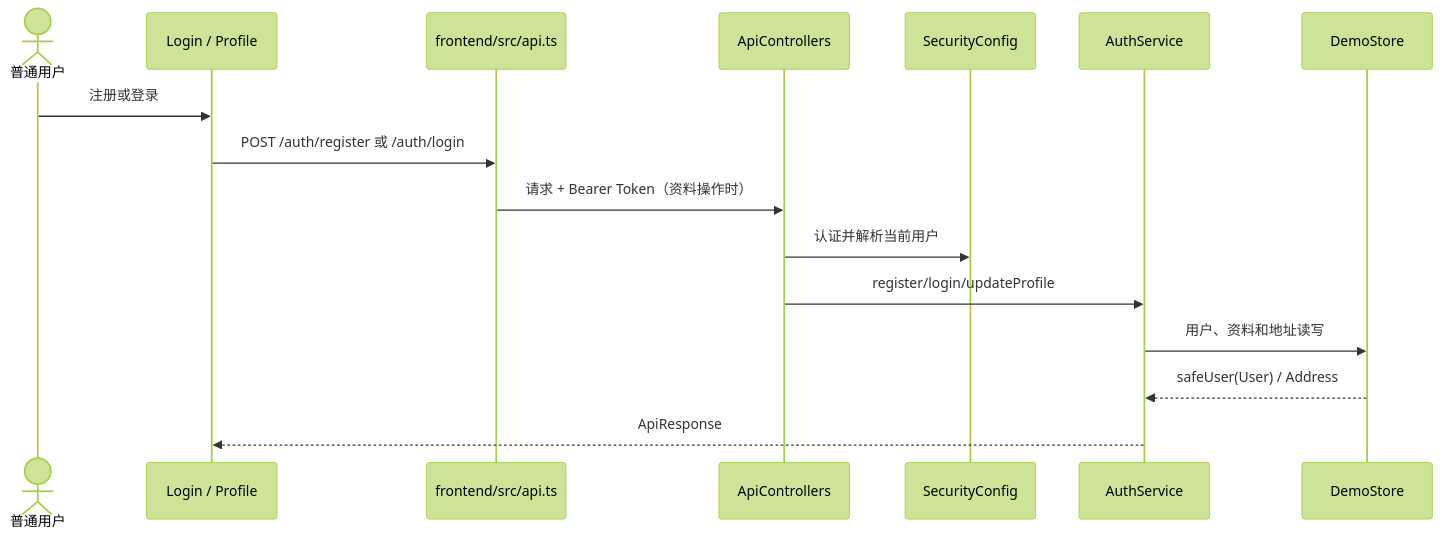
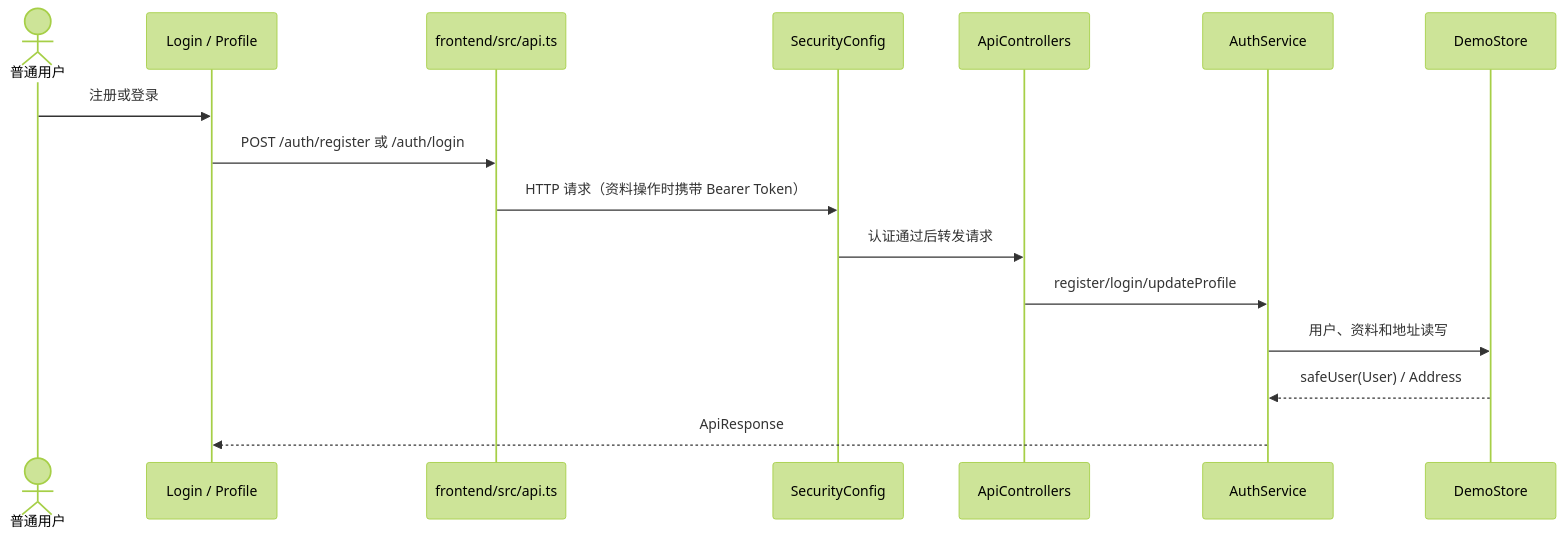
One commit to daihao007/Lumalife changed the second of 3 diagrams in docs/diagrams/d03/CR-01-三层模型.md. Above: the diagram before and after it, drawn with Mermaid (forest theme). The commit also changed other lines of this file and 25 other files, not shown here.

````diff
--- a/docs/diagrams/d03/CR-01-三层模型.md
+++ b/docs/diagrams/d03/CR-01-三层模型.md
@@ -26,18 +30,18 @@
 ```mermaid
 sequenceDiagram
     actor User as 普通用户
     participant UI as Login / Profile
     participant API as frontend/src/api.ts
+    participant Sec as SecurityConfig
     participant Ctrl as ApiControllers
-    participant Sec as SecurityConfig
     participant Auth as AuthService
     participant Store as DemoStore
     User->>UI: 注册或登录
     UI->>API: POST /auth/register 或 /auth/login
-    API->>Ctrl: 请求 + Bearer Token（资料操作时）
-    Ctrl->>Sec: 认证并解析当前用户
+    API->>Sec: HTTP 请求（资料操作时携带 Bearer Token）
+    Sec->>Ctrl: 认证通过后转发请求
     Ctrl->>Auth: register/login/updateProfile
     Auth->>Store: 用户、资料和地址读写
     Store-->>Auth: safeUser(User) / Address
     Auth-->>UI: ApiResponse
 ```
````
